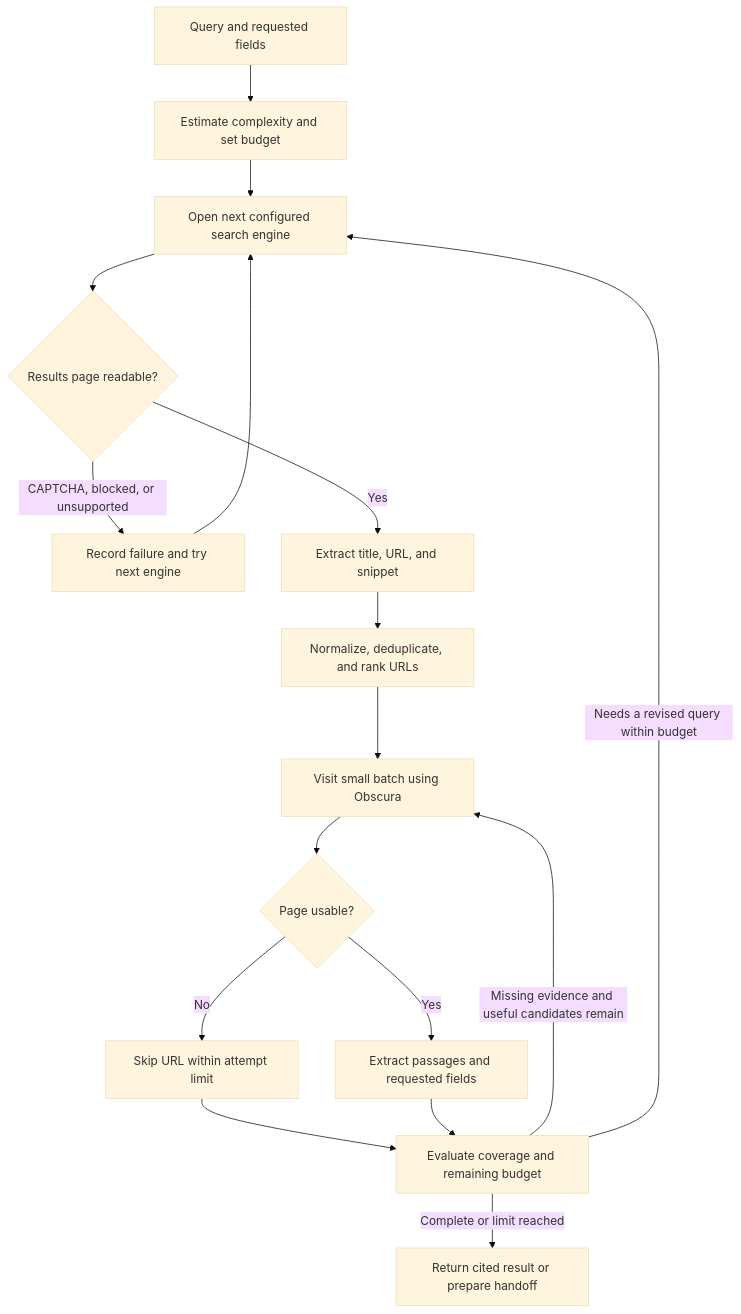
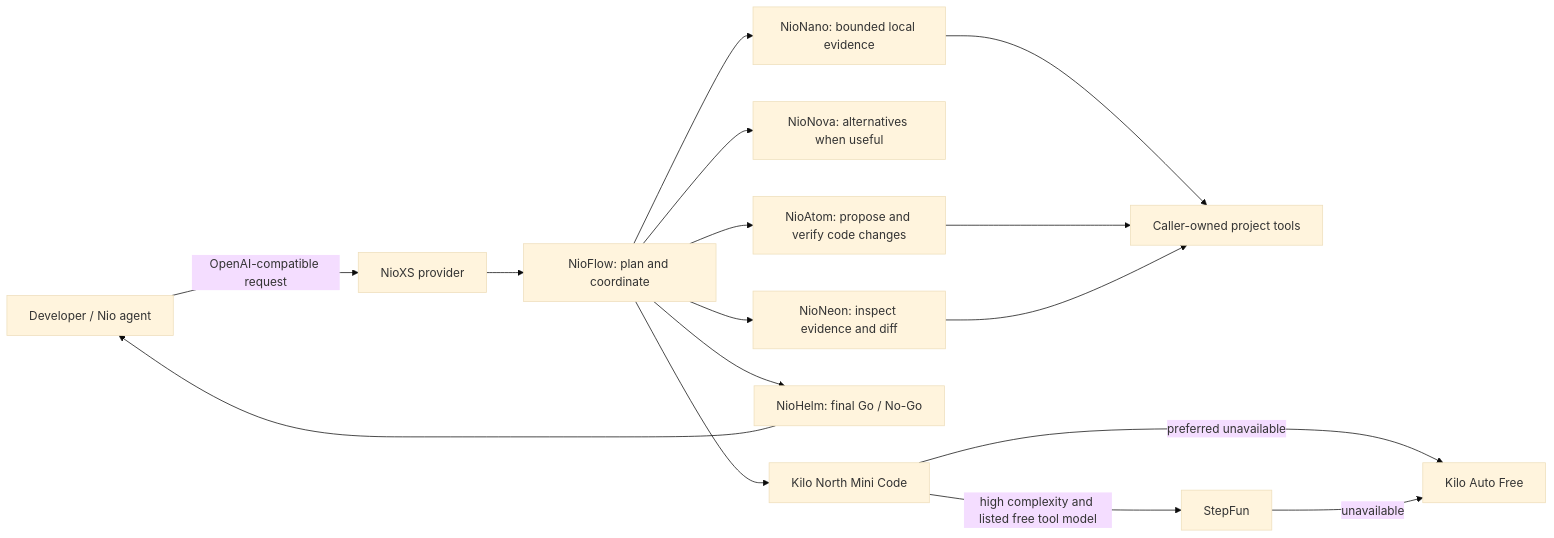
The diagram in docs/PLAN.md (nio-labs/nio-xs), drawn with Mermaid (base theme) before and after one commit. The commit also changed other lines of this file and 53 other files, not shown here.

````diff
--- a/docs/PLAN.md
+++ b/docs/PLAN.md
@@ -110,19 +33,18 @@
 ```mermaid
-flowchart TD
-    Q[Query and requested fields] --> C[Estimate complexity and set budget]
-    C --> S[Open next configured search engine]
-    S --> D{Results page readable?}
-    D -->|CAPTCHA, blocked, or unsupported| N[Record failure and try next engine]
-    N --> S
-    D -->|Yes| E[Extract title, URL, and snippet]
-    E --> R[Normalize, deduplicate, and rank URLs]
-    R --> V[Visit small batch using Obscura]
-    V --> B{Page usable?}
-    B -->|No| K[Skip URL within attempt limit]
-    B -->|Yes| T[Extract passages and requested fields]
-    K --> A[Evaluate coverage and remaining budget]
-    T --> A
-    A -->|Missing evidence and useful candidates remain| V
-    A -->|Needs a revised query within budget| S
-    A -->|Complete or limit reached| O[Return cited result or prepare handoff]
+flowchart LR
+    USER[Developer / Nio agent] -->|OpenAI-compatible request| API[NioXS provider]
+    API --> FLOW[NioFlow: plan and coordinate]
+    FLOW --> NANO[NioNano: bounded local evidence]
+    FLOW --> NOVA[NioNova: alternatives when useful]
+    FLOW --> ATOM[NioAtom: propose and verify code changes]
+    FLOW --> NEON[NioNeon: inspect evidence and diff]
+    FLOW --> HELM[NioHelm: final Go / No-Go]
+    NANO --> TOOLS[Caller-owned project tools]
+    ATOM --> TOOLS
+    NEON --> TOOLS
+    FLOW --> UPSTREAM[Kilo North Mini Code]
+    UPSTREAM -->|preferred unavailable| FREE[Kilo Auto Free]
+    UPSTREAM -->|high complexity and listed free tool model| STEP[StepFun]
+    STEP -->|unavailable| FREE
+    HELM --> USER
 ```
````
